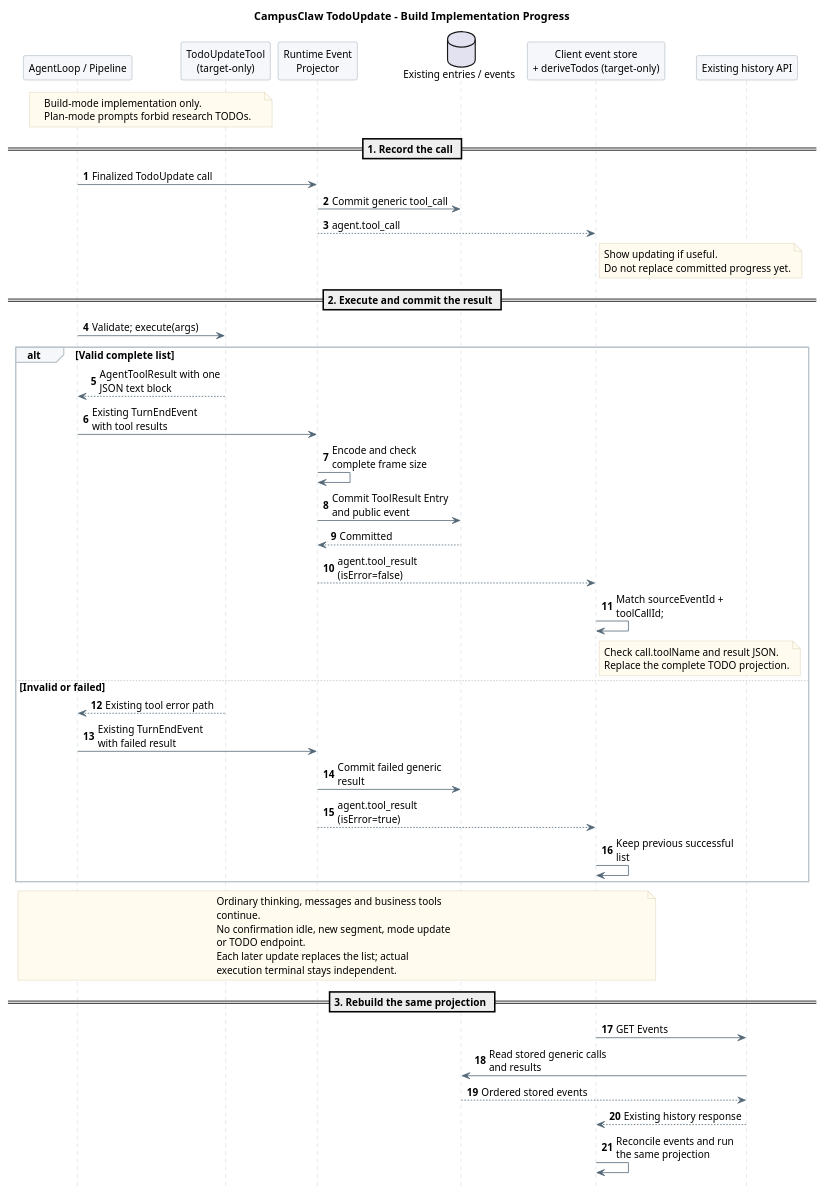
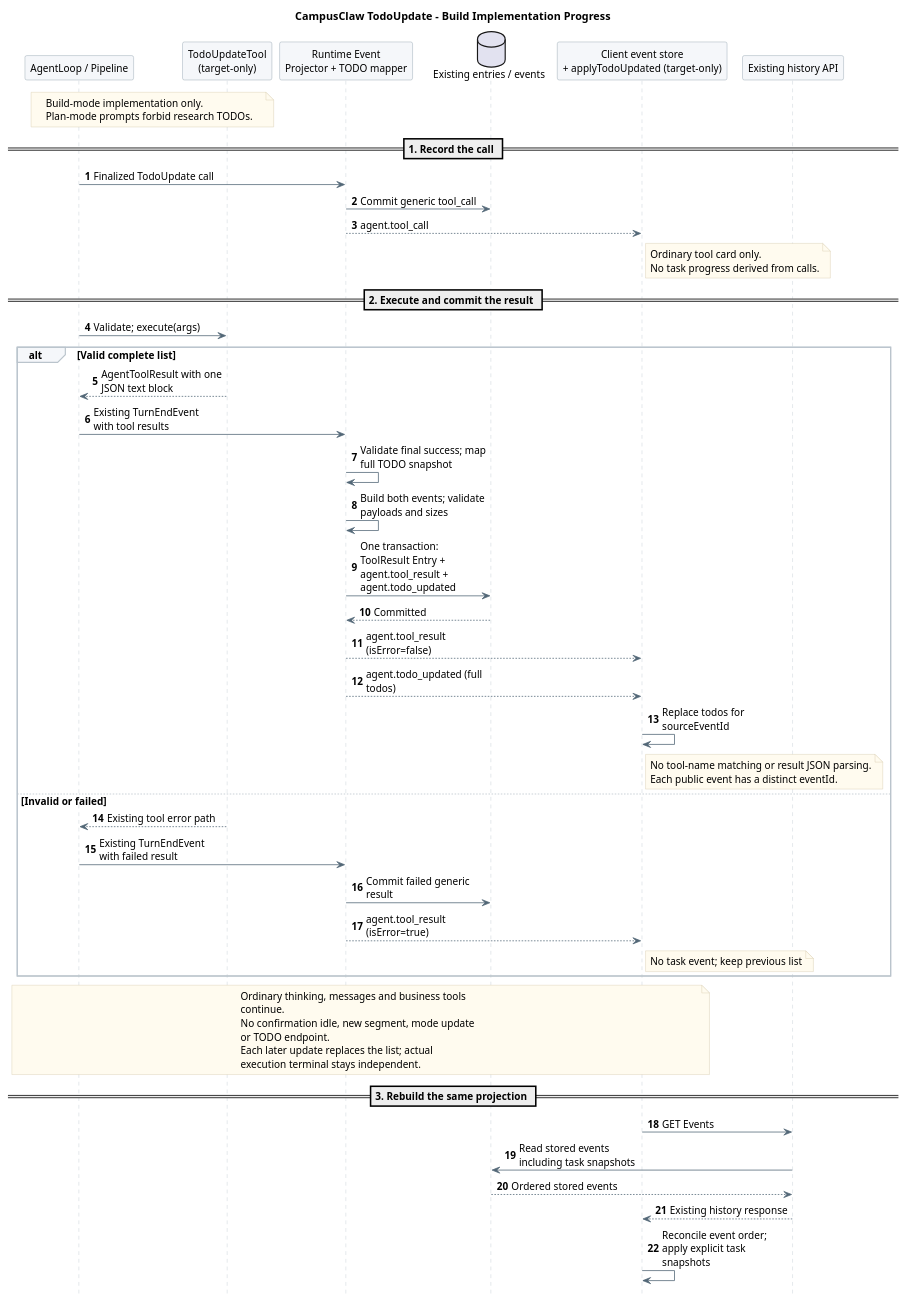
One commit to ssm0808/pi-mono-java-design changed the fourth of 5 diagrams in 01-总体架构/06-CampusClaw计划模式/diagram.puml. Above: the diagram before and after it, drawn with PlantUML. The commit also changed other lines of this file and 25 other files, not shown here.

```diff
--- a/01-总体架构/06-CampusClaw计划模式/diagram.puml
+++ b/01-总体架构/06-CampusClaw计划模式/diagram.puml
@@ -375,83 +387,85 @@
 @startuml todo_update_sequence
 skinparam backgroundColor white
 skinparam defaultFontName SansSerif
 skinparam defaultFontSize 13
 skinparam shadowing false
 skinparam sequenceMessageAlign left
 skinparam maxMessageSize 165
 skinparam sequenceArrowColor #526777
 skinparam sequenceLifeLineBorderColor #BAC4CC
 skinparam sequenceParticipantBackgroundColor #F5F7FA
 skinparam sequenceParticipantBorderColor #8496A4
 skinparam sequenceGroupBackgroundColor #F5F7FA
 skinparam sequenceGroupBorderColor #BAC4CC
 skinparam noteBackgroundColor #FFFBEF
 skinparam noteBorderColor #D2C6A5
 hide footbox
 autonumber
 ' Source baseline: pi-mono-java 09b32d8ea4a4b43b34be302d8b2745bdc417c9a2.
 ' Source: modules/agent-core/src/main/java/com/campusclaw/agent/tool/AgentToolResult.java :: content, details.
 ' Source: modules/coding-agent-cli/src/main/java/com/campusclaw/codingagent/runtimeapi/event/RuntimeEventProjector.java :: project, persistToolResults.
 ' Source: frontend/src/runtime/eventStore.ts :: reconcileEvents, executionState.
-' Claude public docs: managed-agents/events-and-streaming, checked 2026-09-14 (beta).
+' Claude public docs: managed-agents/events-and-streaming, checked 2026-09-15 (beta).
 ' DeepSeek baseline: 0a53fb55bea101816fa226bb964ae2bed71c343b (alpha).
 ' Source: packages/todo/tool-todo/src/index.ts :: apply, execute; whole-list replacement.
 ' Observed behavior: Java commits generic results at the existing TurnEndEvent boundary.
-' Design reason: keep the public tool envelope stable and derive TODO from committed success.
-' Java divergence: TodoUpdateTool and client projection are target-only, not Claude built-ins.
+' Design reason: commit explicit task snapshots with the successful tool result.
+' Java divergence: TodoUpdateTool, task event mapping and client reducer are target-only, not Claude built-ins.
 title CampusClaw TodoUpdate - Build Implementation Progress
 participant "AgentLoop / Pipeline" as Loop
 participant "TodoUpdateTool\n(target-only)" as Todo
-participant "Runtime Event\nProjector" as Projector
+participant "Runtime Event\nProjector + TODO mapper" as Projector
 database "Existing entries / events" as DB
-participant "Client event store\n+ deriveTodos (target-only)" as UI
+participant "Client event store\n+ applyTodoUpdated (target-only)" as UI
 participant "Existing history API" as History
 
 note over Loop,Todo
   Build-mode implementation only.
   Plan-mode prompts forbid research TODOs.
 end note
 == 1. Record the call ==
 Loop -> Projector : Finalized TodoUpdate call
 Projector -> DB : Commit generic tool_call
 Projector --> UI : agent.tool_call
 note right of UI
-  Show updating if useful.
-  Do not replace committed progress yet.
+  Ordinary tool card only.
+  No task progress derived from calls.
 end note
 == 2. Execute and commit the result ==
 Loop -> Todo : Validate; execute(args)
 alt Valid complete list
   Todo --> Loop : AgentToolResult with one JSON text block
   Loop -> Projector : Existing TurnEndEvent with tool results
-  Projector -> Projector : Encode and check complete frame size
-  Projector -> DB : Commit ToolResult Entry and public event
+  Projector -> Projector : Validate final success; map full TODO snapshot
+  Projector -> Projector : Build both events; validate payloads and sizes
+  Projector -> DB : One transaction: ToolResult Entry +\nagent.tool_result + agent.todo_updated
   DB --> Projector : Committed
   Projector --> UI : agent.tool_result (isError=false)
-  UI -> UI : Match sourceEventId + toolCallId;
+  Projector --> UI : agent.todo_updated (full todos)
+  UI -> UI : Replace todos for sourceEventId
   note right of UI
-  Check call.toolName and result JSON.
-  Replace the complete TODO projection.
+  No tool-name matching or result JSON parsing.
+  Each public event has a distinct eventId.
   end note
 else Invalid or failed
   Todo --> Loop : Existing tool error path
   Loop -> Projector : Existing TurnEndEvent with failed result
   Projector -> DB : Commit failed generic result
   Projector --> UI : agent.tool_result (isError=true)
-  UI -> UI : Keep previous successful list
+  note right of UI : No task event; keep previous list
 end
 note over Loop,UI
   Ordinary thinking, messages and business tools
   continue.
   No confirmation idle, new segment, mode update
   or TODO endpoint.
   Each later update replaces the list; actual
   execution terminal stays independent.
 end note
 == 3. Rebuild the same projection ==
 UI -> History : GET Events
-History -> DB : Read stored generic calls and results
+History -> DB : Read stored events including task snapshots
 DB --> History : Ordered stored events
 History --> UI : Existing history response
-UI -> UI : Reconcile events and run the same projection
+UI -> UI : Reconcile event order; apply explicit task snapshots
 @enduml
```
